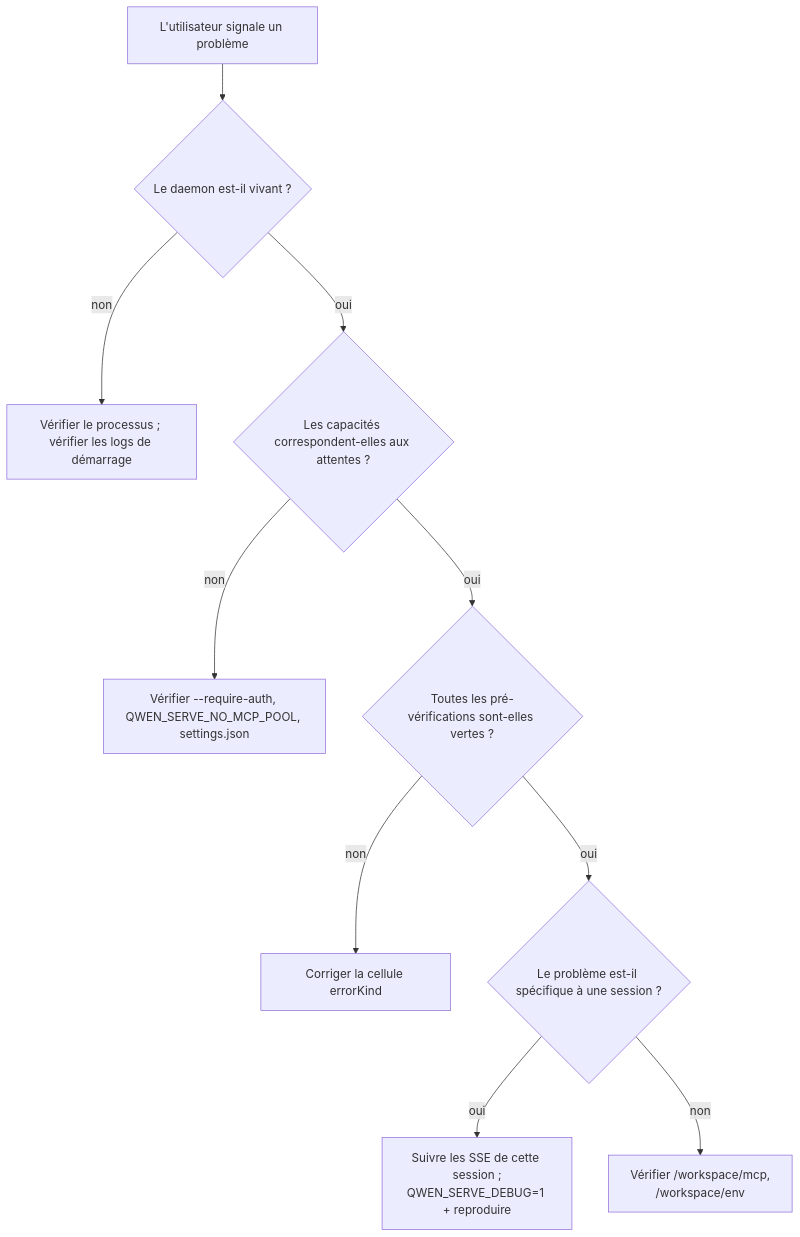
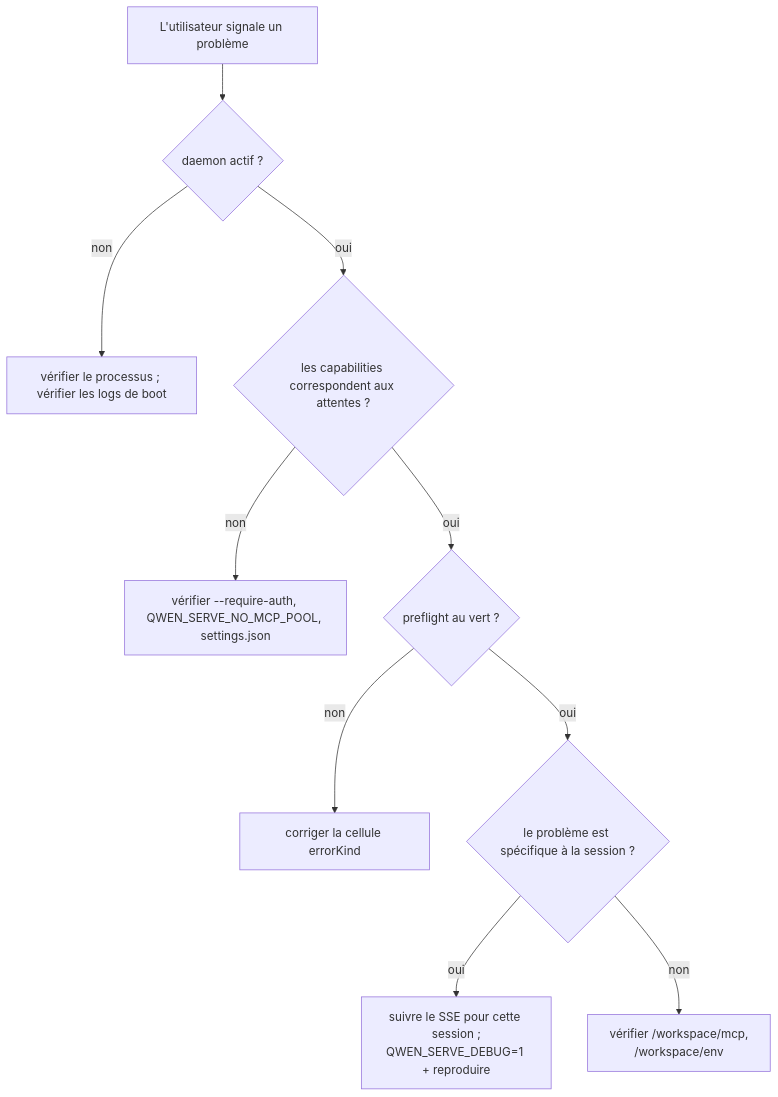
One commit to QwenLM/qwen-code-docs changed the diagram in website/content/fr/developers/daemon/19-observability.md. Above: the diagram before and after it, drawn with Mermaid. The commit also changed other lines of this file and 128 other files, not shown here.

````diff
--- a/website/content/fr/developers/daemon/19-observability.md
+++ b/website/content/fr/developers/daemon/19-observability.md
@@ -98,12 +127,12 @@
 ```mermaid
 flowchart TD
-    A[L'utilisateur signale un problème] --> B{Le daemon est-il vivant ?}
-    B -->|non| BD[Vérifier le processus ; vérifier les logs de démarrage]
-    B -->|oui| C{Les capacités correspondent-elles aux attentes ?}
-    C -->|non| CD["Vérifier --require-auth, QWEN_SERVE_NO_MCP_POOL, settings.json"]
-    C -->|oui| D{Toutes les pré-vérifications sont-elles vertes ?}
-    D -->|non| DD["Corriger la cellule errorKind"]
-    D -->|oui| E{Le problème est-il spécifique à une session ?}
-    E -->|oui| ES["Suivre les SSE de cette session ;<br/>QWEN_SERVE_DEBUG=1 + reproduire"]
-    E -->|non| EW["Vérifier /workspace/mcp,<br/>/workspace/env"]
+    A[L'utilisateur signale un problème] --> B{daemon actif ?}
+    B -->|non| BD[vérifier le processus ; vérifier les logs de boot]
+    B -->|oui| C{les capabilities correspondent aux attentes ?}
+    C -->|non| CD["vérifier --require-auth, QWEN_SERVE_NO_MCP_POOL, settings.json"]
+    C -->|oui| D{preflight au vert ?}
+    D -->|non| DD["corriger la cellule errorKind"]
+    D -->|oui| E{le problème est spécifique à la session ?}
+    E -->|oui| ES["suivre le SSE pour cette session ;<br/>QWEN_SERVE_DEBUG=1 + reproduire"]
+    E -->|non| EW["vérifier /workspace/mcp,<br/>/workspace/env"]
 ```
````
